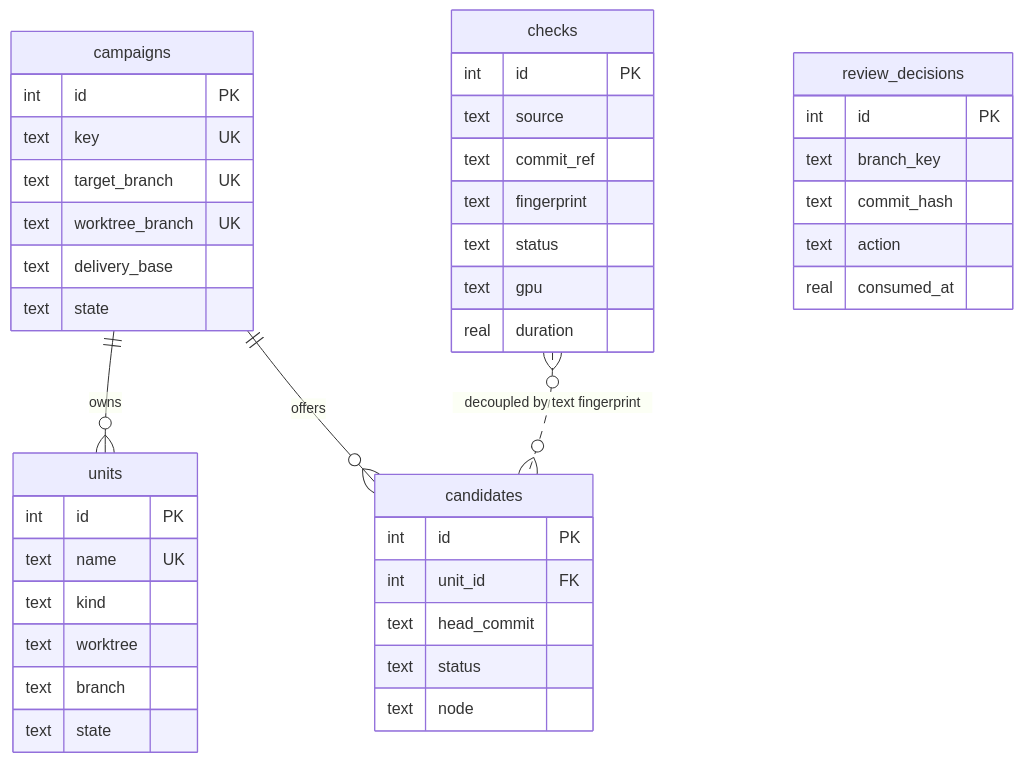
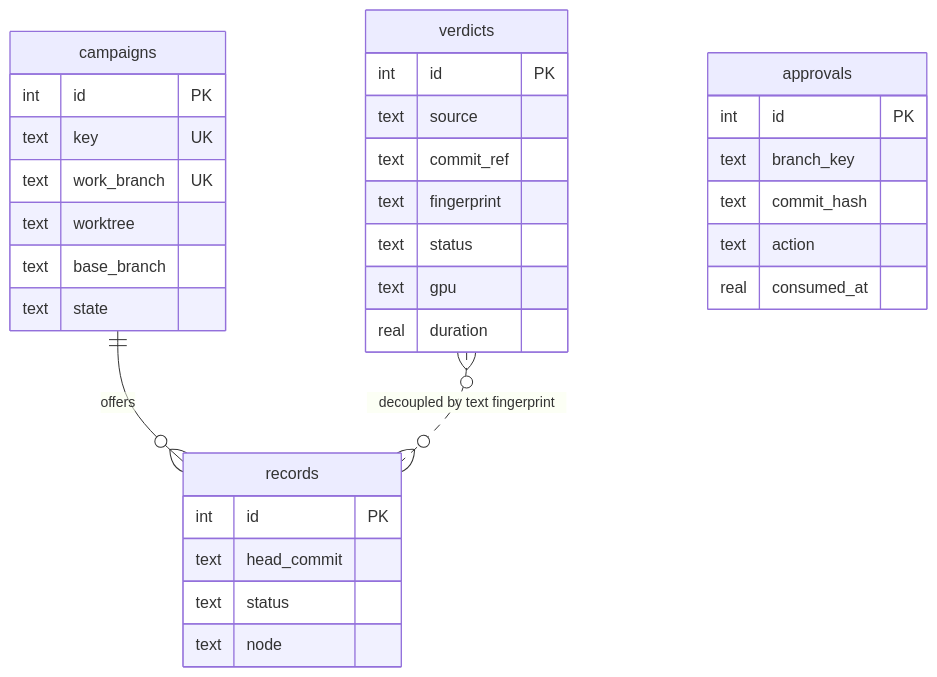
The ninth of 10 diagrams in docs/architecture.md (ming6ao/sliceme), drawn with Mermaid before and after one commit. The commit also changed other lines of this file and 58 other files, not shown here.

````diff
--- a/docs/architecture.md
+++ b/docs/architecture.md
@@ -387,45 +391,35 @@
 ```mermaid
 erDiagram
-  campaigns ||--o{ units : "owns"
-  campaigns ||--o{ candidates : "offers"
-  checks }o..o{ candidates : "decoupled by text fingerprint"
-  review_decisions {
+  campaigns ||--o{ records : "offers"
+  verdicts }o..o{ records : "decoupled by text fingerprint"
+  approvals {
     int id PK
     text branch_key
     text commit_hash
     text action
     real consumed_at
   }
   campaigns {
     int id PK
     text key UK
-    text target_branch UK
-    text worktree_branch UK
-    text delivery_base
+    text work_branch UK
+    text worktree
+    text base_branch
     text state
   }
-  units {
+  records {
     int id PK
-    text name UK
-    text kind
-    text worktree
-    text branch
-    text state
-  }
-  candidates {
-    int id PK
-    int unit_id FK
     text head_commit
     text status
     text node
   }
-  checks {
+  verdicts {
     int id PK
     text source
     text commit_ref
     text fingerprint
     text status
     text gpu
     real duration
   }
 ```
````
